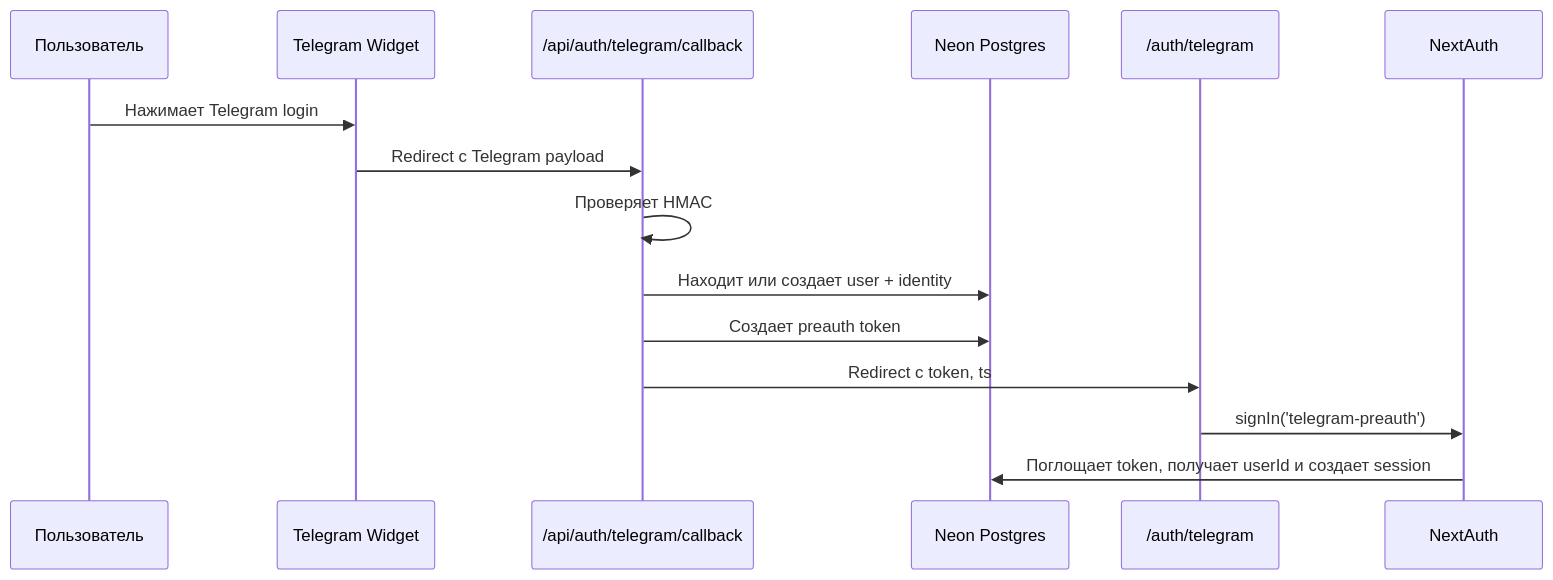
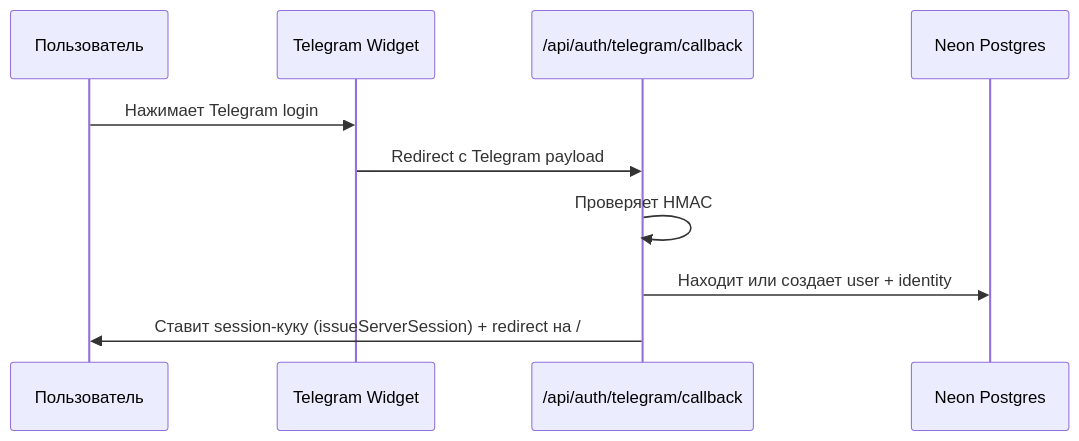
The second of 2 diagrams in docs/wiki/Auth-and-Users.md (bon2362/book-club), drawn with Mermaid before and after one commit. The commit also changed other lines of this file and 14 other files, not shown here.

First line of the commit message:
feat/telegram server session (#394)

````diff
--- a/docs/wiki/Auth-and-Users.md
+++ b/docs/wiki/Auth-and-Users.md
@@ -75,18 +75,13 @@
 ```mermaid
 sequenceDiagram
     participant U as Пользователь
     participant T as Telegram Widget
     participant C as /api/auth/telegram/callback
     participant DB as Neon Postgres
-    participant P as /auth/telegram
-    participant N as NextAuth
 
     U->>T: Нажимает Telegram login
     T->>C: Redirect с Telegram payload
     C->>C: Проверяет HMAC
     C->>DB: Находит или создает user + identity
-    C->>DB: Создает preauth token
-    C->>P: Redirect с token, ts
-    P->>N: signIn('telegram-preauth')
-    N->>DB: Поглощает token, получает userId и создает session
+    C->>U: Ставит session-куку (issueServerSession) + redirect на /
 ```
````
